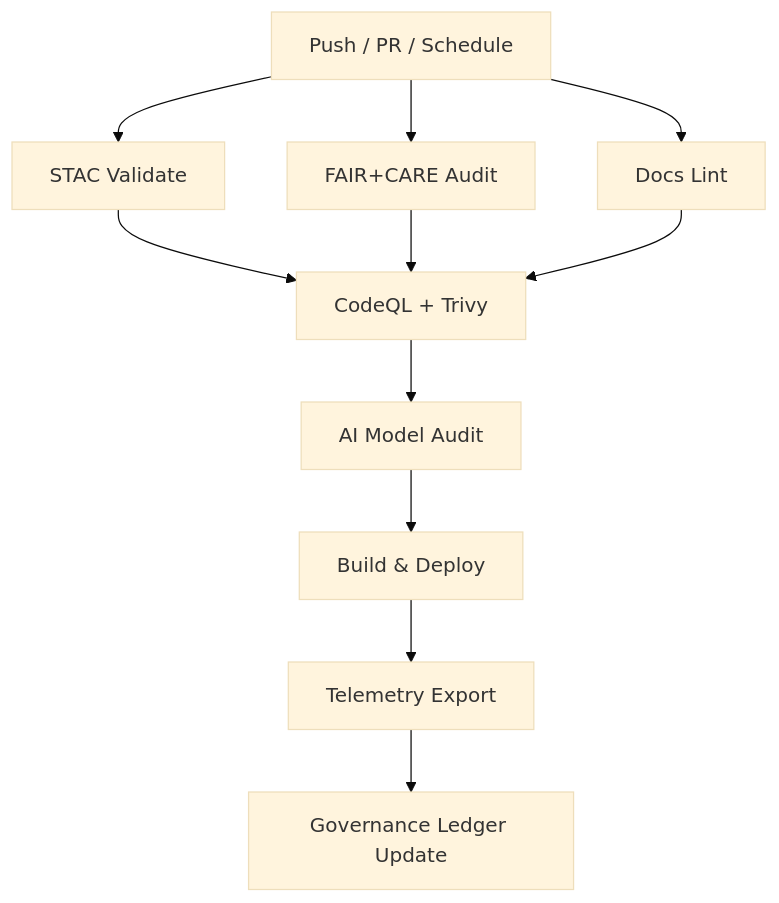
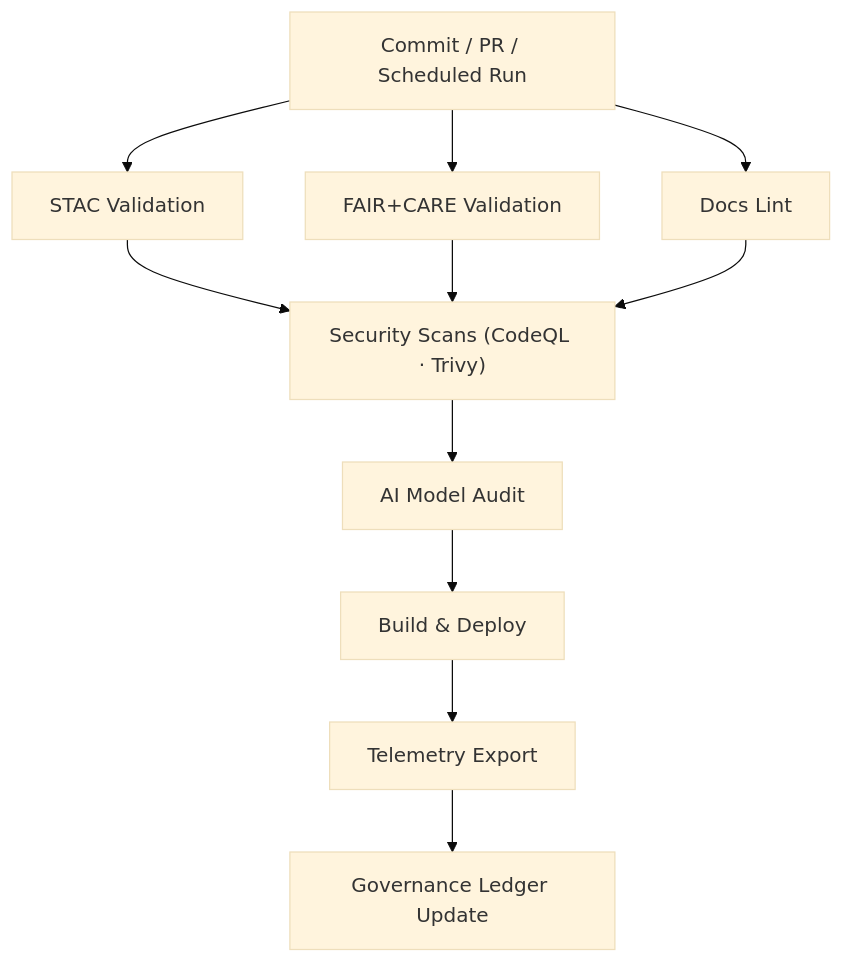
The diagram in .github/workflows/README.md (bartytime4life/Kansas-Frontier-Matrix), drawn with Mermaid (base theme) before and after one commit. The commit also changed other lines of this file, not shown here.

````diff
--- a/.github/workflows/README.md
+++ b/.github/workflows/README.md
@@ -109,11 +107,15 @@
-```mermaid
+~~~~~mermaid
 flowchart TD
-A["Push / PR / Schedule"] --> B["STAC Validate"]
-A --> C["FAIR+CARE Audit"]
-A --> D["Docs Lint"]
-B & C & D --> E["CodeQL + Trivy"]
-E --> F["AI Model Audit"]
-F --> G["Build & Deploy"]
-G --> H["Telemetry Export"]
-H --> I["Governance Ledger Update"]
-```
+  A["Commit / PR / Scheduled Run"] --> B["STAC Validation"]
+  A --> C["FAIR+CARE Validation"]
+  A --> D["Docs Lint"]
+
+  B --> E["Security Scans (CodeQL · Trivy)"]
+  C --> E
+  D --> E
+
+  E --> F["AI Model Audit"]
+  F --> G["Build & Deploy"]
+  G --> H["Telemetry Export"]
+  H --> I["Governance Ledger Update"]
+~~~~~
````
